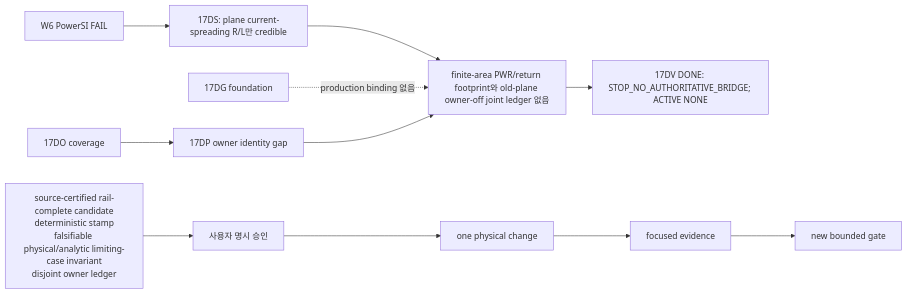
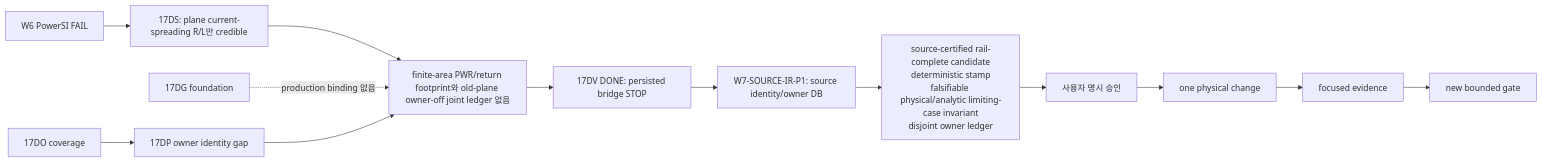
Before and after one commit to yunhyok/spd-decap-pi-evaluator: the diagram in docs/WORK_EXECUTION_BASELINE.md, drawn with Mermaid. The commit also changed other lines of this file and 4 other files, not shown here.

````diff
--- a/docs/WORK_EXECUTION_BASELINE.md
+++ b/docs/WORK_EXECUTION_BASELINE.md
@@ -598,13 +606,15 @@
 ```mermaid
 flowchart LR
   A[W6 PowerSI FAIL] --> B[17DS: plane current-spreading R/L만 credible]
   B --> C[finite-area PWR/return footprint와 old-plane owner-off joint ledger 없음]
   D[17DG foundation] -. production binding 없음 .-> C
   E[17DO coverage] --> F[17DP owner identity gap]
   F --> C
-  C --> G[17DV DONE: STOP_NO_AUTHORITATIVE_BRIDGE; ACTIVE NONE]
+  C --> G[17DV DONE: persisted bridge STOP]
+  G --> M[W7-SOURCE-IR-P1: source identity/owner DB]
+  M --> H
   H[source-certified rail-complete candidate<br/>deterministic stamp<br/>falsifiable physical/analytic limiting-case invariant<br/>disjoint owner ledger] --> I[사용자 명시 승인]
   I --> J[one physical change]
   J --> K[focused evidence]
   K --> L[new bounded gate]
 ```
````
